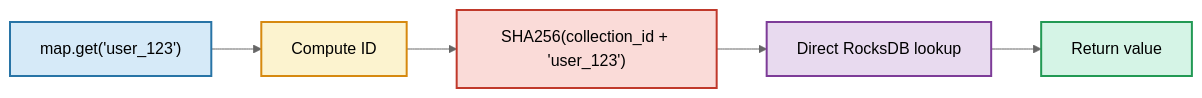
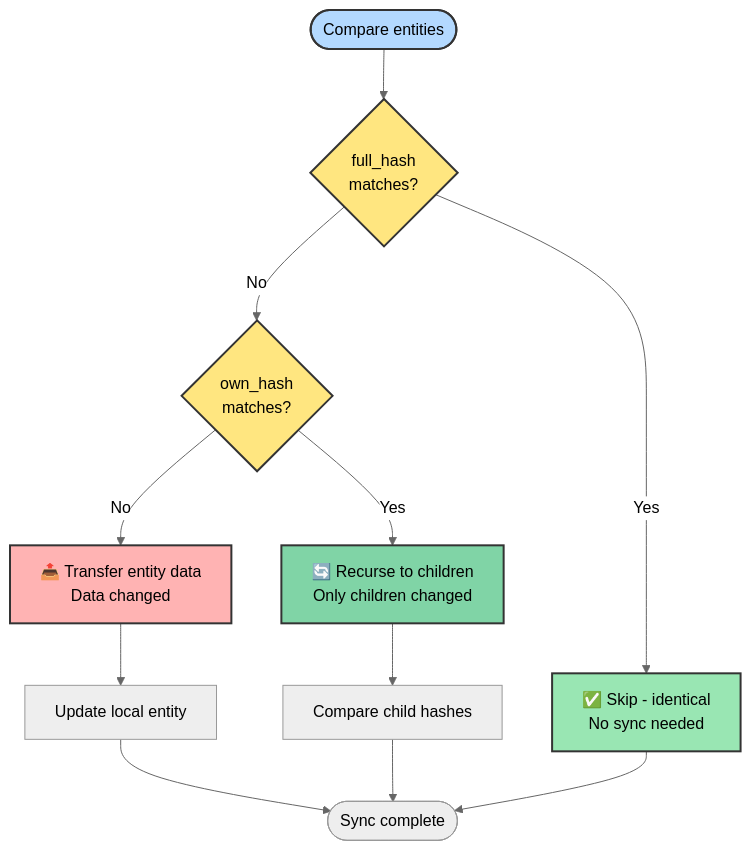
One commit to calimero-network/core changed the third of 8 diagrams in crates/storage/README.md. Above: the diagram before and after it, drawn with Mermaid (neutral theme). The commit also changed other lines of this file and 155 other files, not shown here.

````diff
--- a/crates/storage/README.md
+++ b/crates/storage/README.md
@@ -180,13 +235,24 @@
 ```mermaid
-graph LR
-    A["map.get('user_123')"] --> B[Compute ID]
-    B --> C["SHA256(collection_id + 'user_123')"]
-    C --> D[Direct RocksDB lookup]
-    D --> E[Return value]
+flowchart TD
+    Start([Compare entities]) --> CompFull{full_hash<br/>matches?}
     
-    style A fill:#D6EAF8,stroke:#2874A6,stroke-width:2px,color:#000
-    style B fill:#FCF3CF,stroke:#D68910,stroke-width:2px,color:#000
-    style C fill:#FADBD8,stroke:#C0392B,stroke-width:2px,color:#000
-    style D fill:#E8DAEF,stroke:#7D3C98,stroke-width:2px,color:#000
-    style E fill:#D5F4E6,stroke:#229954,stroke-width:2px,color:#000
+    CompFull -->|Yes| Skip[✅ Skip - identical<br/>No sync needed]
+    CompFull -->|No| CompOwn{own_hash<br/>matches?}
+    
+    CompOwn -->|No| Transfer[📤 Transfer entity data<br/>Data changed]
+    CompOwn -->|Yes| Recurse[🔄 Recurse to children<br/>Only children changed]
+    
+    Transfer --> UpdateLocal[Update local entity]
+    Recurse --> CompareChildren[Compare child hashes]
+    
+    UpdateLocal --> Done([Sync complete])
+    CompareChildren --> Done
+    Skip --> Done
+    
+    style Start fill:#b3d9ff,stroke:#333,stroke-width:2px,color:#000
+    style CompFull fill:#ffe680,stroke:#333,stroke-width:2px,color:#000
+    style CompOwn fill:#ffe680,stroke:#333,stroke-width:2px,color:#000
+    style Skip fill:#99e6b3,stroke:#333,stroke-width:2px,color:#000
+    style Transfer fill:#ffb3b3,stroke:#333,stroke-width:2px,color:#000
+    style Recurse fill:#80d4a6,stroke:#333,stroke-width:2px,color:#000
 ```
````
